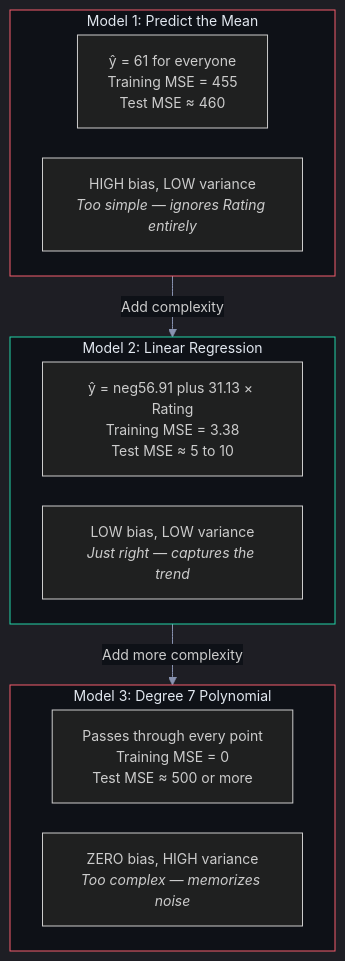
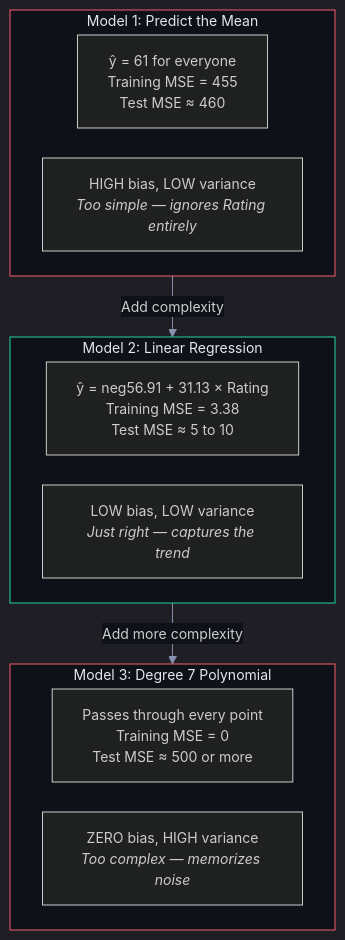
The second of 10 diagrams in Documents/Visual_Guides/ML_Concepts/Bias_Variance_Regularization_Visual.md (snehith1234/StudyCircle), drawn with Mermaid before and after one commit. The commit also changed other lines of this file and 10 other files, not shown here.

First line of the commit message:
Fix Mermaid formatting and add RNN/LSTM guides

````diff
--- a/Documents/Visual_Guides/ML_Concepts/Bias_Variance_Regularization_Visual.md
+++ b/Documents/Visual_Guides/ML_Concepts/Bias_Variance_Regularization_Visual.md
@@ -58,24 +58,24 @@
 ```mermaid
 %%{init: {'theme': 'dark', 'themeVariables': {'darkMode': true, 'background': '#0e1117', 'primaryColor': '#1a1d2e', 'primaryTextColor': '#e2e8f0', 'primaryBorderColor': '#2d3148', 'lineColor': '#8892b0', 'secondaryColor': '#252840', 'tertiaryColor': '#1a1d2e', 'fontSize': '14px', 'edgeLabelBackground': '#0e1117'}, 'flowchart': {'nodeSpacing': 30, 'rankSpacing': 40, 'padding': 15, 'htmlLabels': true}}}%%
 graph TD
     subgraph M1["Model 1: Predict the Mean"]
         M1D["ŷ = 61 for everyone<br/>Training MSE = 455<br/>Test MSE ≈ 460"]
         M1V["HIGH bias, LOW variance<br/><i>Too simple — ignores Rating entirely</i>"]
     end
 
     subgraph M2["Model 2: Linear Regression"]
-        M2D["ŷ = neg56.91 plus 31.13 × Rating<br/>Training MSE = 3.38<br/>Test MSE ≈ 5 to 10"]
+        M2D["ŷ = neg56.91 + 31.13 × Rating<br/>Training MSE = 3.38<br/>Test MSE ≈ 5 to 10"]
         M2V["LOW bias, LOW variance<br/><i>Just right — captures the trend</i>"]
     end
 
     subgraph M3["Model 3: Degree 7 Polynomial"]
         M3D["Passes through every point<br/>Training MSE = 0<br/>Test MSE ≈ 500 or more"]
         M3V["ZERO bias, HIGH variance<br/><i>Too complex — memorizes noise</i>"]
     end
 
     M1 -->|"Add complexity"| M2 -->|"Add more complexity"| M3
 
     style M1 fill:#0e1117,stroke:#f45d6d,color:#e2e8f0
     style M2 fill:#0e1117,stroke:#22d3a7,color:#e2e8f0
     style M3 fill:#0e1117,stroke:#f45d6d,color:#e2e8f0
 ```
````
